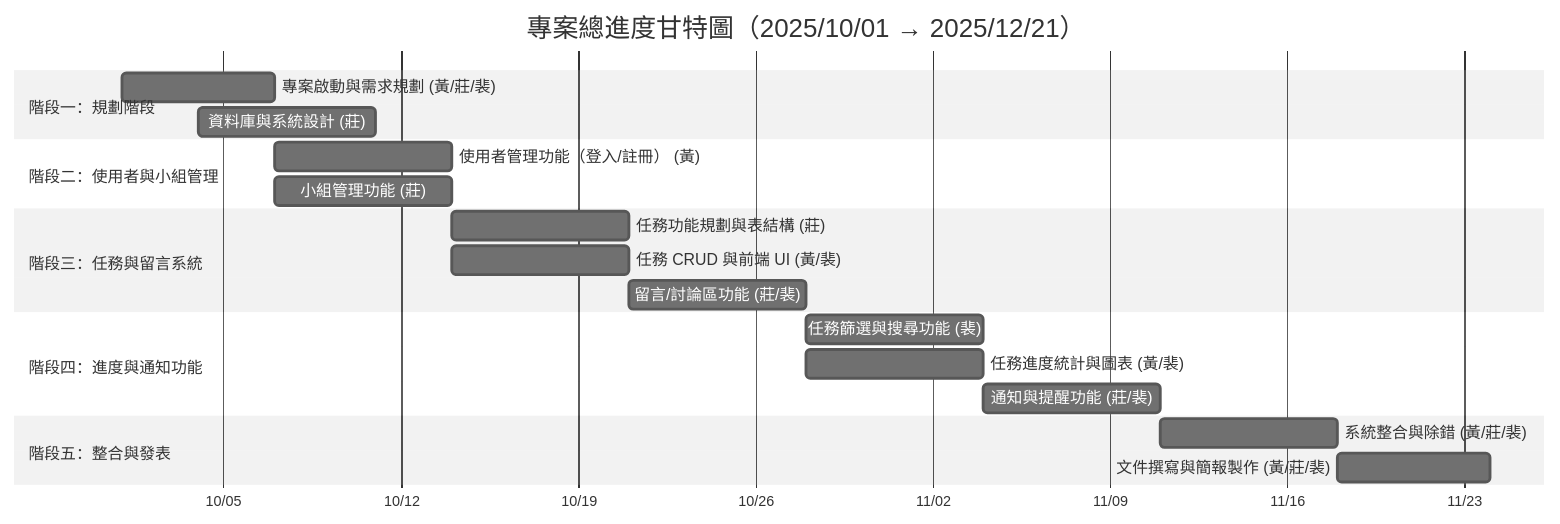
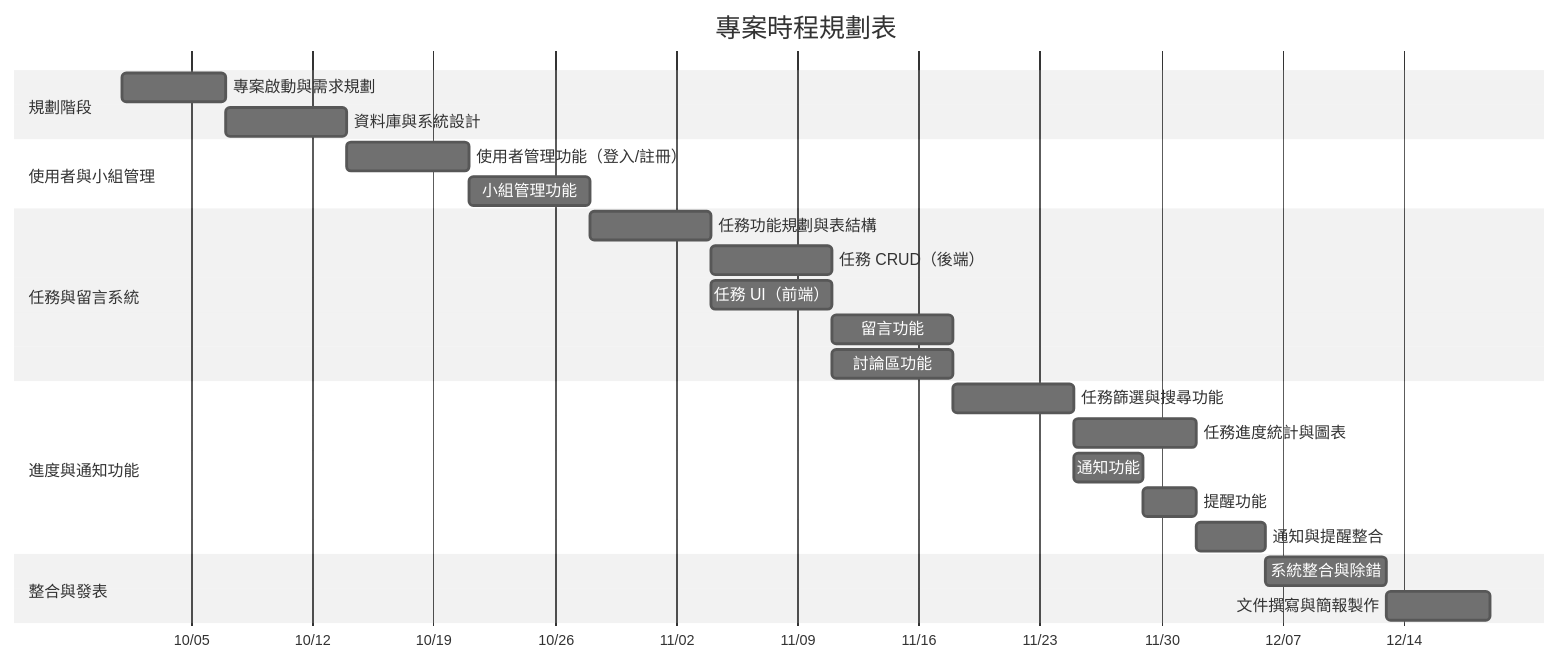
Before and after one commit to zhuang147/Task-Management: the diagram in 草稿.md, drawn with Mermaid (neutral theme). The commit also changed other lines of this file, not shown here.

````diff
--- a/草稿.md
+++ b/草稿.md
@@ -27,29 +32,31 @@
 ```mermaid
 gantt
-    title 專案總進度甘特圖（2025/10/01 → 2025/12/21）
-    dateFormat  YYYY-MM-DD
-    axisFormat  %m/%d
+    title 專案時程規劃表
+    dateFormat MM-DD
+    axisFormat %m/%d
+    section 規劃階段
+    專案啟動與需求規劃           :a1, 10-01, 6d
+    資料庫與系統設計             :a2, 10-07, 7d
+    section 使用者與小組管理
+    使用者管理功能（登入/註冊）    :b1, 10-14, 7d
+    小組管理功能                 :b2, 10-21, 7d
+    section 任務與留言系統
+    任務功能規劃與表結構          :c1, 10-28, 7d
+    任務 CRUD（後端）            :c2a, 11-04, 7d
+    任務 UI（前端）               :c2b, 11-04, 7d
+    留言功能                     :c3a, 11-11, 7d
+    討論區功能                   :c3b, 11-11, 7d
+    section 進度與通知功能
+    任務篩選與搜尋功能             :d1, 11-18, 7d
+    任務進度統計與圖表             :d2, 11-25, 7d
+    通知功能                     :d3a, 11-25, 4d
+    提醒功能                     :d3b, 11-29, 3d
+    通知與提醒整合                :d3c, 12-02, 4d
+    section 整合與發表
+    系統整合與除錯                :e1, 12-06, 7d
+    文件撰寫與簡報製作             :e2, 12-13, 6d
 
-    section 階段一：規劃階段
-    專案啟動與需求規劃 (黃/莊/裴) :a1, 2025-10-01, 6d
-    資料庫與系統設計 (莊)          :a2, 2025-10-04, 7d
-
-    section 階段二：使用者與小組管理
-    使用者管理功能（登入/註冊） (黃) :b1, 2025-10-07, 7d
-    小組管理功能 (莊)                  :b2, 2025-10-07, 7d
-
-    section 階段三：任務與留言系統
-    任務功能規劃與表結構 (莊)         :c1, 2025-10-14, 7d
-    任務 CRUD 與前端 UI (黃/裴)       :c2, 2025-10-14, 7d
-    留言/討論區功能 (莊/裴)           :c3, 2025-10-21, 7d
-
-    section 階段四：進度與通知功能
-    任務篩選與搜尋功能 (裴)           :d1, 2025-10-28, 7d
-    任務進度統計與圖表 (黃/裴)       :d2, 2025-10-28, 7d
-    通知與提醒功能 (莊/裴)           :d3, 2025-11-04, 7d
-
-    section 階段五：整合與發表
-    系統整合與除錯 (黃/莊/裴)         :e1, 2025-11-11, 7d
-    文件撰寫與簡報製作 (黃/莊/裴)     :e2, 2025-11-18, 6d
+    %% 平行任務顯示自動處理
+    %% 如果想加顏色，可用 style (進階)
 
 ```
````
